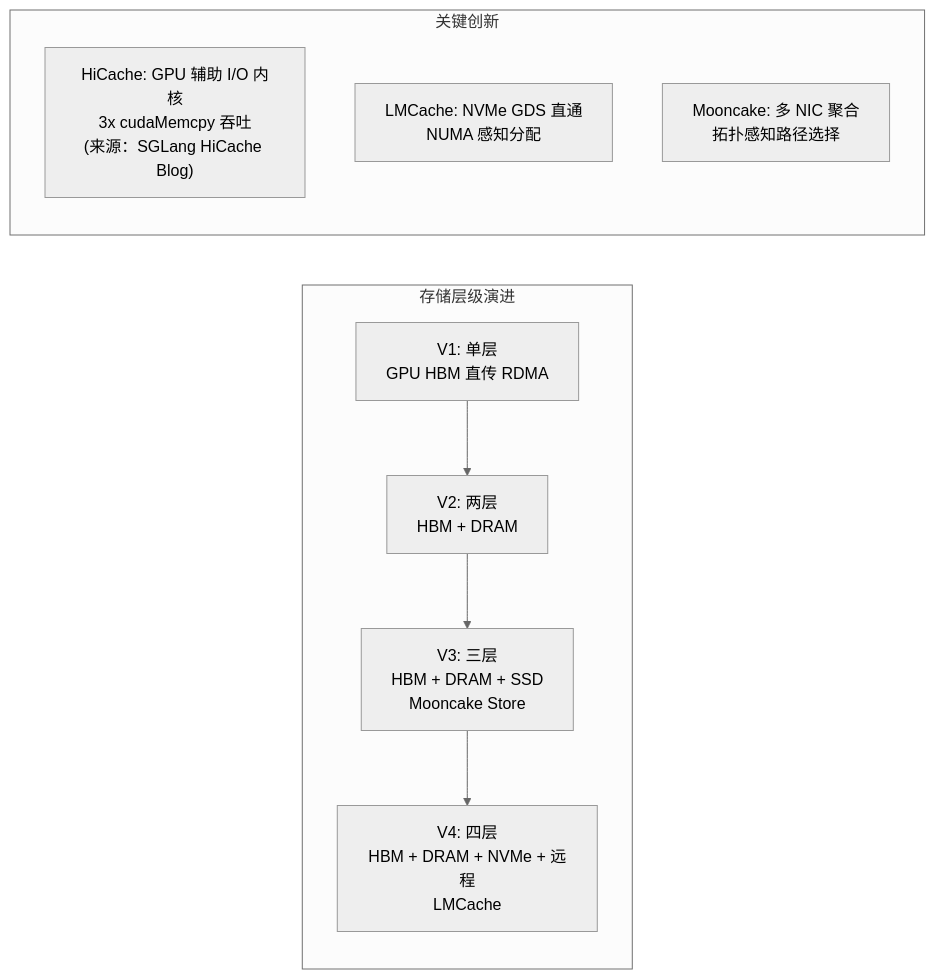
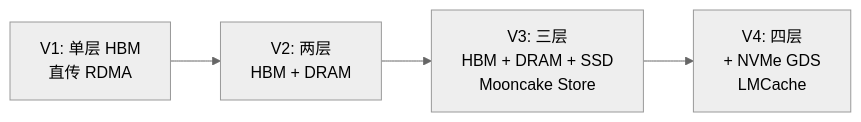
Before and after one commit to QJWang23/Mooncake: the fourth of 10 diagrams in docs/superpowers/briefings/2026-06-11-distributed-kvcache-executive-briefing.md, drawn with Mermaid (neutral theme). The commit also changed other lines of this file, not shown here.

````diff
--- a/docs/superpowers/briefings/2026-06-11-distributed-kvcache-executive-briefing.md
+++ b/docs/superpowers/briefings/2026-06-11-distributed-kvcache-executive-briefing.md
@@ -202,18 +170,6 @@
 ```mermaid
 graph LR
-    subgraph 存储演进["存储层级演进"]
-        direction TB
-        V1["V1: 单层<br/>GPU HBM 直传 RDMA"]
-        V2["V2: 两层<br/>HBM + DRAM"]
-        V3["V3: 三层<br/>HBM + DRAM + SSD<br/>Mooncake Store"]
-        V4["V4: 四层<br/>HBM + DRAM + NVMe + 远程<br/>LMCache"]
-    end
-
-    V1 --> V2 --> V3 --> V4
-
-    subgraph 关键创新["关键创新"]
-        K1["HiCache: GPU 辅助 I/O 内核<br/>3x cudaMemcpy 吞吐<br/>(来源：SGLang HiCache Blog)"]
-        K2["LMCache: NVMe GDS 直通<br/>NUMA 感知分配"]
-        K3["Mooncake: 多 NIC 聚合<br/>拓扑感知路径选择"]
-    end
+    V1["V1: 单层 HBM<br/>直传 RDMA"] --> V2["V2: 两层<br/>HBM + DRAM"]
+    V2 --> V3["V3: 三层<br/>HBM + DRAM + SSD<br/>Mooncake Store"]
+    V3 --> V4["V4: 四层<br/>+ NVMe GDS<br/>LMCache"]
 ```
````
